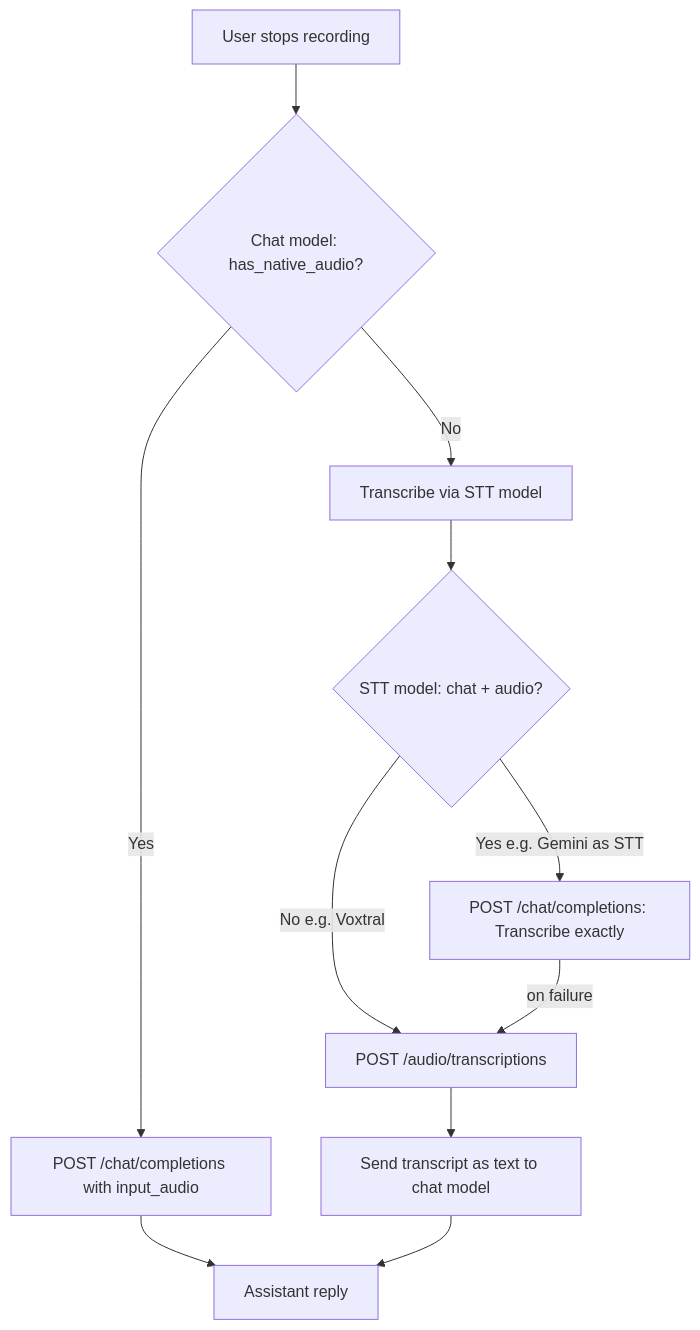
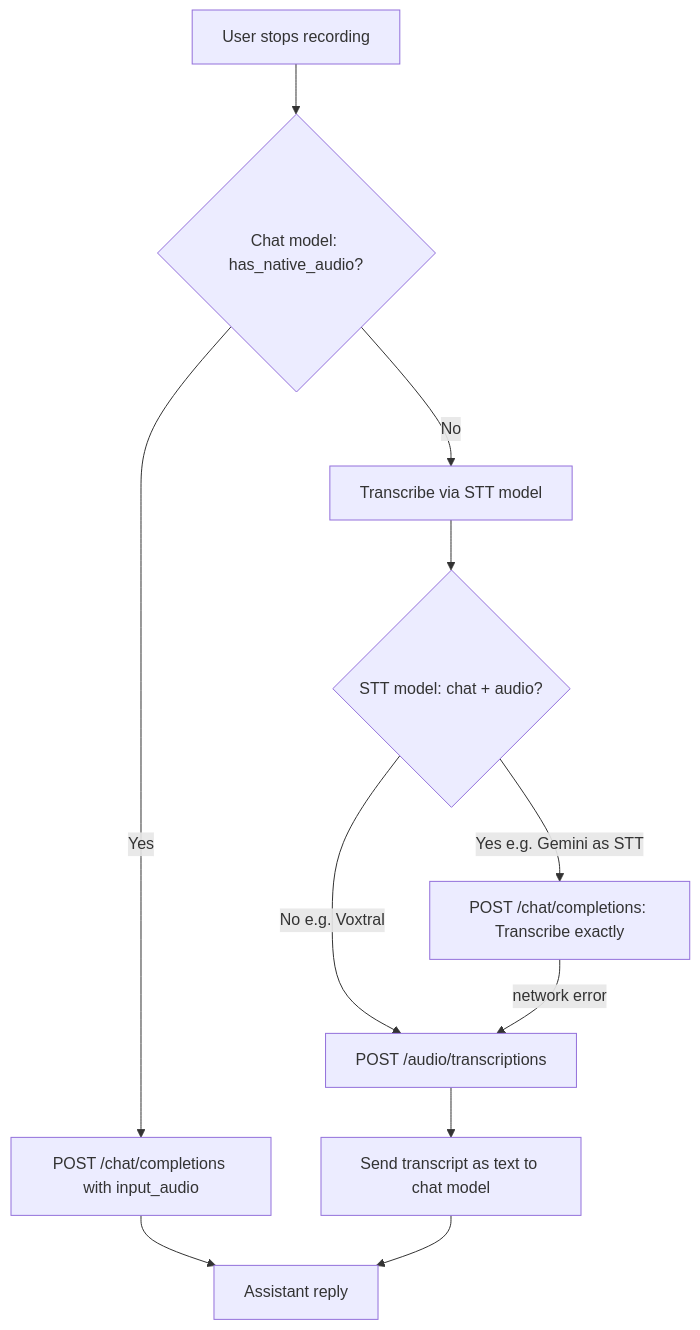
Before and after one commit to KeithCu/writeragent: the diagram in docs/chat/audio-architecture.md, drawn with Mermaid. The commit also changed other lines of this file and 20 other files, not shown here.

````diff
--- a/docs/chat/audio-architecture.md
+++ b/docs/chat/audio-architecture.md
@@ -130,13 +132,13 @@
 ```mermaid
 flowchart TD
     record[User stops recording] --> chatCheck{Chat model: has_native_audio?}
     chatCheck -->|Yes| chatPath["POST /chat/completions with input_audio"]
     chatCheck -->|No| sttStep[Transcribe via STT model]
     sttStep --> sttCheck{STT model: chat + audio?}
     sttCheck -->|Yes e.g. Gemini as STT| chatTranscribe["POST /chat/completions: Transcribe exactly"]
     sttCheck -->|No e.g. Voxtral| sttPath["POST /audio/transcriptions"]
-    chatTranscribe -->|on failure| sttPath
+    chatTranscribe -->|network error| sttPath
     sttPath --> textChat[Send transcript as text to chat model]
     chatPath --> done[Assistant reply]
     textChat --> done
 ```
````
